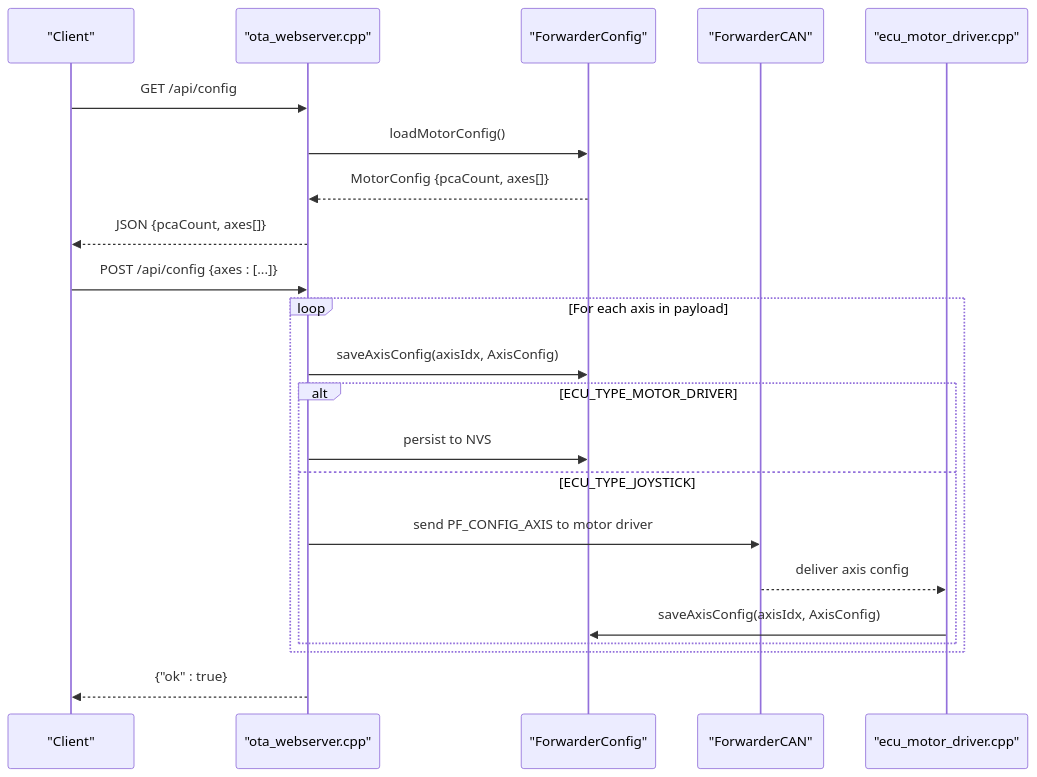
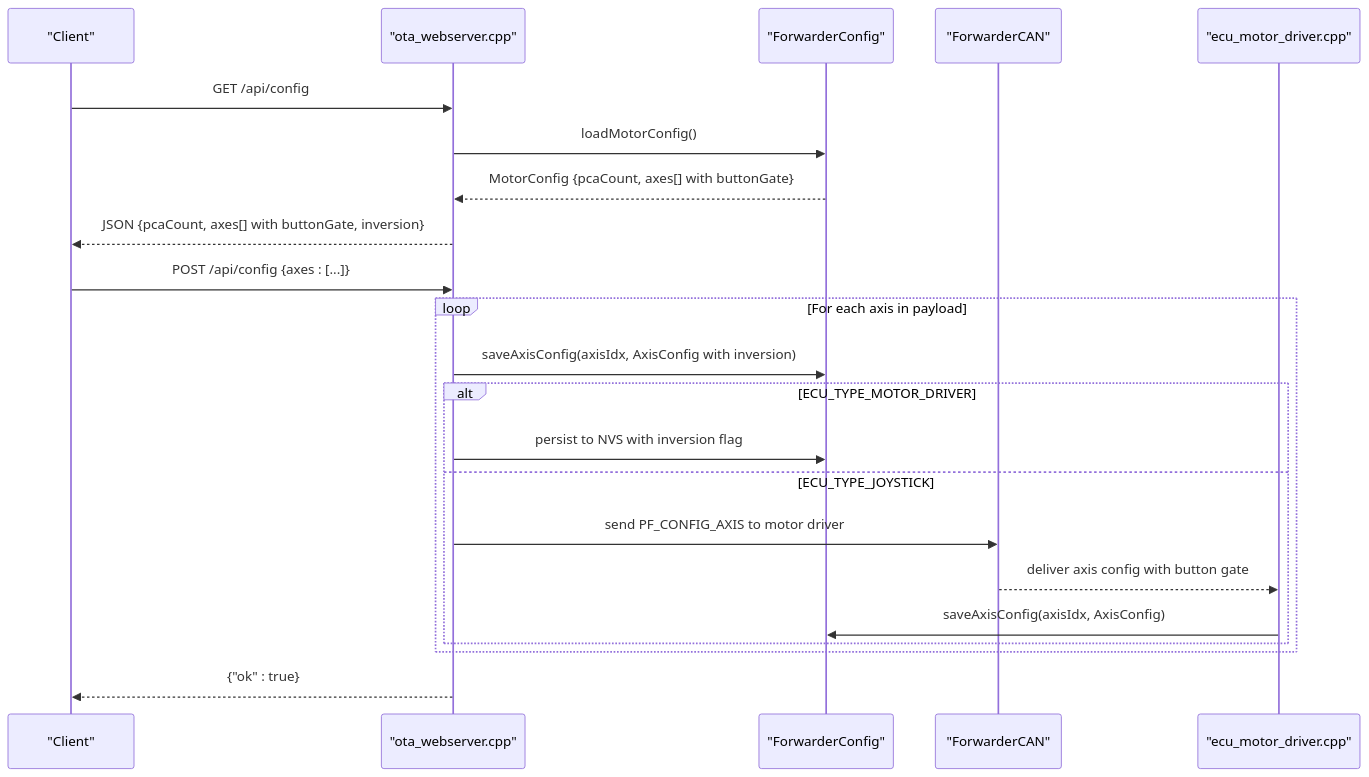
One commit to gunicsba/ESP_CAN_ECU_joystick_collection changed the second of 3 diagrams in .qoder/repowiki/en/content/API Reference/HTTP REST API Endpoints/Configuration Management Endpoints/Axis Mapping Configuration.md. Above: the diagram before and after it, drawn with Mermaid. The commit also changed other lines of this file and 10 other files, not shown here.

````diff
--- a/.qoder/repowiki/en/content/API Reference/HTTP REST API Endpoints/Configuration Management Endpoints/Axis Mapping Configuration.md
+++ b/.qoder/repowiki/en/content/API Reference/HTTP REST API Endpoints/Configuration Management Endpoints/Axis Mapping Configuration.md
@@ -105,24 +118,24 @@
 ```mermaid
 sequenceDiagram
 participant Client as "Client"
 participant Web as "ota_webserver.cpp"
 participant Cfg as "ForwarderConfig"
 participant CAN as "ForwarderCAN"
 participant MD as "ecu_motor_driver.cpp"
 Client->>Web : GET /api/config
 Web->>Cfg : loadMotorConfig()
-Cfg-->>Web : MotorConfig {pcaCount, axes[]}
-Web-->>Client : JSON {pcaCount, axes[]}
+Cfg-->>Web : MotorConfig {pcaCount, axes[] with buttonGate}
+Web-->>Client : JSON {pcaCount, axes[] with buttonGate, inversion}
 Client->>Web : POST /api/config {axes : [...]}
 loop For each axis in payload
-Web->>Cfg : saveAxisConfig(axisIdx, AxisConfig)
+Web->>Cfg : saveAxisConfig(axisIdx, AxisConfig with inversion)
 alt ECU_TYPE_MOTOR_DRIVER
-Web->>Cfg : persist to NVS
+Web->>Cfg : persist to NVS with inversion flag
 else ECU_TYPE_JOYSTICK
 Web->>CAN : send PF_CONFIG_AXIS to motor driver
-CAN-->>MD : deliver axis config
+CAN-->>MD : deliver axis config with button gate
 MD->>Cfg : saveAxisConfig(axisIdx, AxisConfig)
 end
 end
 Web-->>Client : {"ok" : true}
 ```
````
